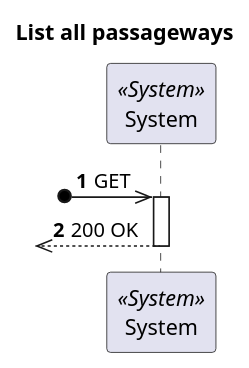
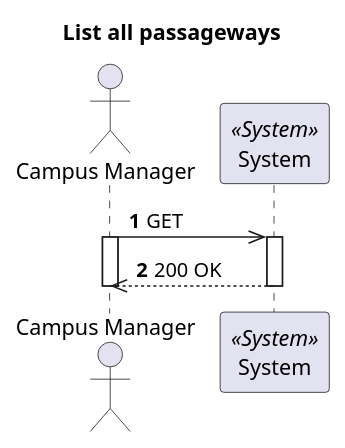
One commit to 1210910/lapr5 changed the diagram in docs/VistaProcesso/US260(1190)/ProcessView_Level1_US260_1190.puml. Above: the diagram before and after it, drawn with PlantUML. The commit also changed 14 other files, not shown here.

Commit message:
Fixed diagrams (actor)

```diff
--- a/docs/VistaProcesso/US260(1190)/ProcessView_Level1_US260_1190.puml
+++ b/docs/VistaProcesso/US260(1190)/ProcessView_Level1_US260_1190.puml
@@ -1,20 +1,22 @@
 @startuml Process View - Level 1- List all passageways
 'https://plantuml.com/sequence-diagram
 
 autonumber
 skinparam packageStyle rect
 
 title List all passageways
 
+actor "Campus Manager" as CM
 participant "System" as Sys <<System>>
 
-?o->> Sys : GET
+CM->> Sys : GET
 
+activate CM
 activate Sys
 
-?o<<--Sys : 200 OK
+CM<<--Sys : 200 OK
 
 deactivate Sys
-
+deactivate CM
 
 @enduml
```
